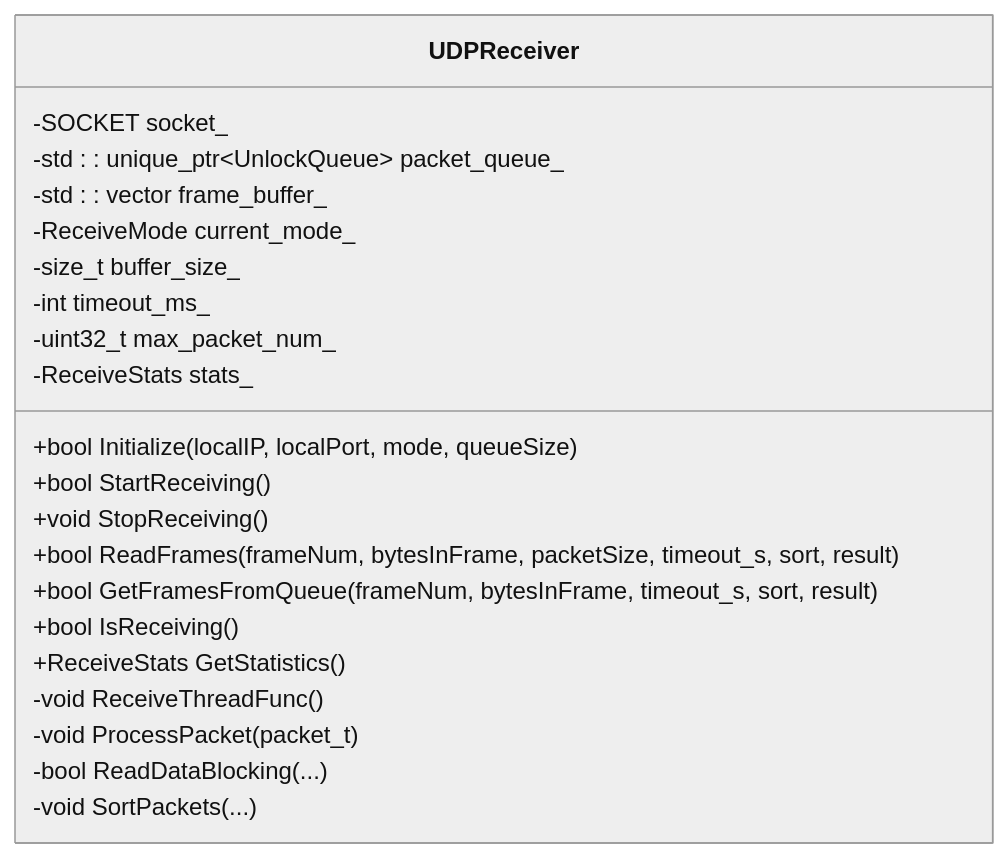
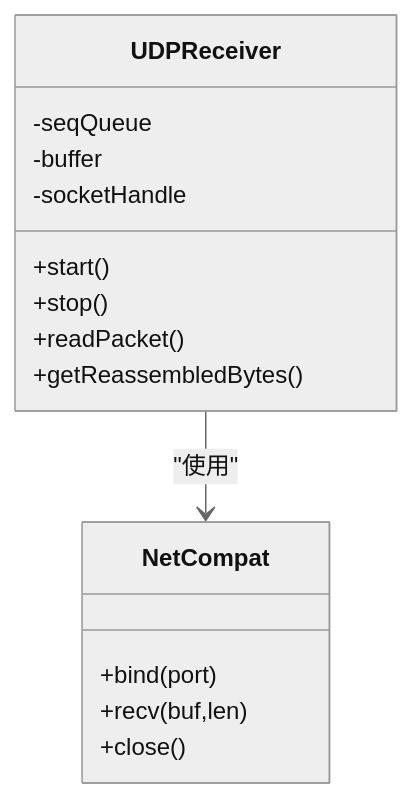
Before and after one commit to Lukad77/awr1843-radar-toolkit: the fourth of 7 diagrams in .qoder/repowiki/zh/content/实时处理流水线与数据流.md, drawn with Mermaid (neutral theme). The commit also changed other lines of this file and 106 other files, not shown here.

````diff
--- a/.qoder/repowiki/zh/content/实时处理流水线与数据流.md
+++ b/.qoder/repowiki/zh/content/实时处理流水线与数据流.md
@@ -265,24 +159,18 @@
 ```mermaid
 classDiagram
 class UDPReceiver {
-+bool Initialize(localIP, localPort, mode, queueSize)
-+bool StartReceiving()
-+void StopReceiving()
-+bool ReadFrames(frameNum, bytesInFrame, packetSize, timeout_s, sort, result)
-+bool GetFramesFromQueue(frameNum, bytesInFrame, timeout_s, sort, result)
-+bool IsReceiving()
-+ReceiveStats GetStatistics()
--void ReceiveThreadFunc()
--void ProcessPacket(packet_t)
--bool ReadDataBlocking(...)
--void SortPackets(...)
--SOCKET socket_
--std : : unique_ptr~UnlockQueue~ packet_queue_
--std : : vector<uint8_t> frame_buffer_
--ReceiveMode current_mode_
--size_t buffer_size_
--int timeout_ms_
--uint32_t max_packet_num_
--ReceiveStats stats_
++start()
++stop()
++readPacket()
++getReassembledBytes()
+-seqQueue
+-buffer
+-socketHandle
 }
+class NetCompat {
++bind(port)
++recv(buf,len)
++close()
+}
+UDPReceiver --> NetCompat : "使用"
 ```
````
